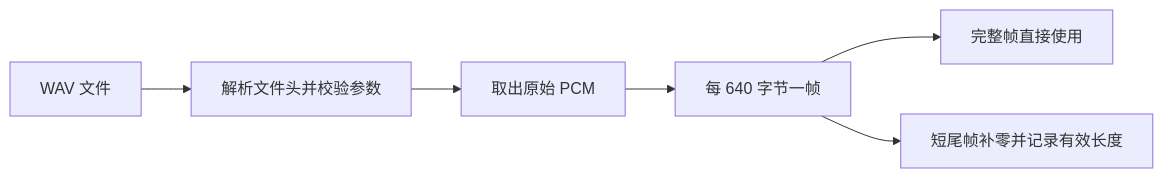
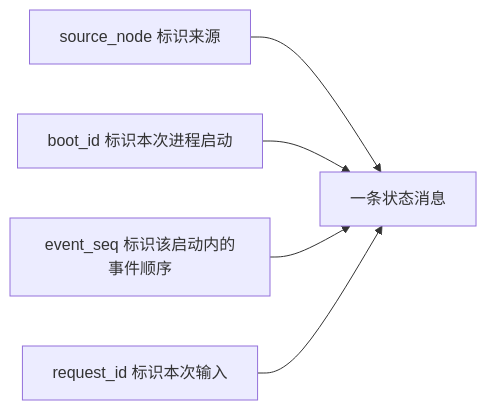
Before and after one commit to dreamcather726/ai-interaction-ui: the second of 2 diagrams in docs/知识点/第二周/AI 端侧工程师｜第二周专业知识自学清单.md, drawn with Mermaid. The commit also changed other lines of this file and 3 other files, not shown here.

````diff
--- a/docs/知识点/第二周/AI 端侧工程师｜第二周专业知识自学清单.md
+++ b/docs/知识点/第二周/AI 端侧工程师｜第二周专业知识自学清单.md
@@ -185,8 +260,7 @@
 ```mermaid
 flowchart LR
-    A[WAV 文件] --> B[解析文件头并校验参数]
-    B --> C[取出原始 PCM]
-    C --> D[每 640 字节一帧]
-    D --> E[完整帧直接使用]
-    D --> F[短尾帧补零并记录有效长度]
+    A[source_node 标识来源] --> D[一条状态消息]
+    B[boot_id 标识本次进程启动] --> D
+    C[event_seq 标识该启动内的事件顺序] --> D
+    E[request_id 标识本次输入] --> D
 ```
````
